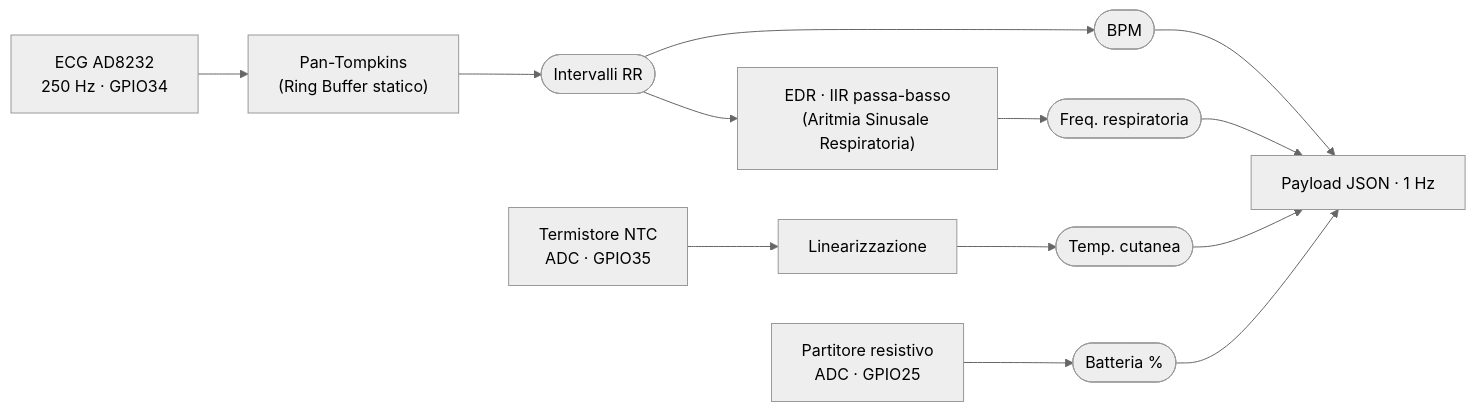
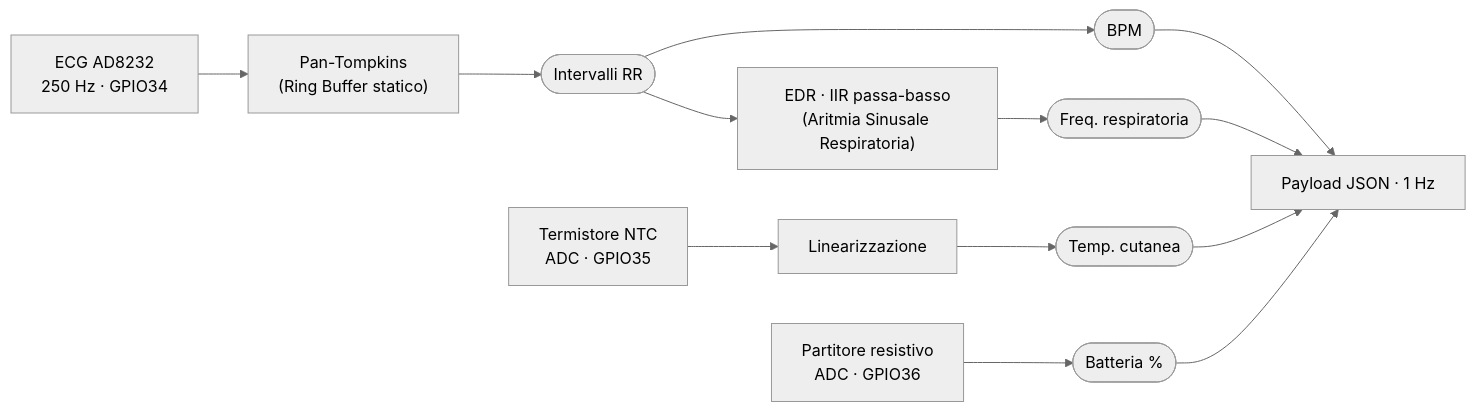
One commit to acrisci05/Alvea changed the second of 3 diagrams in README.md. Above: the diagram before and after it, drawn with Mermaid (neutral theme). The commit also changed other lines of this file and 1 other file, not shown here.

````diff
--- a/README.md
+++ b/README.md
@@ -62,12 +62,12 @@
 ```mermaid
 flowchart LR
     ECG["ECG AD8232<br/>250 Hz · GPIO34"] --> PT["Pan-Tompkins<br/>(Ring Buffer statico)"] --> RR(["Intervalli RR"])
     RR --> BPM([BPM])
     RR --> EDR["EDR · IIR passa-basso<br/>(Aritmia Sinusale Respiratoria)"] --> FR([Freq. respiratoria])
     NTC["Termistore NTC<br/>ADC · GPIO35"] --> LIN["Linearizzazione"] --> T([Temp. cutanea])
-    BAT["Partitore resistivo<br/>ADC · GPIO25"] --> PCT([Batteria %])
+    BAT["Partitore resistivo<br/>ADC · GPIO36"] --> PCT([Batteria %])
     BPM --> PAY["Payload JSON · 1 Hz"]
     FR --> PAY
     T --> PAY
     PCT --> PAY
 ```
````
